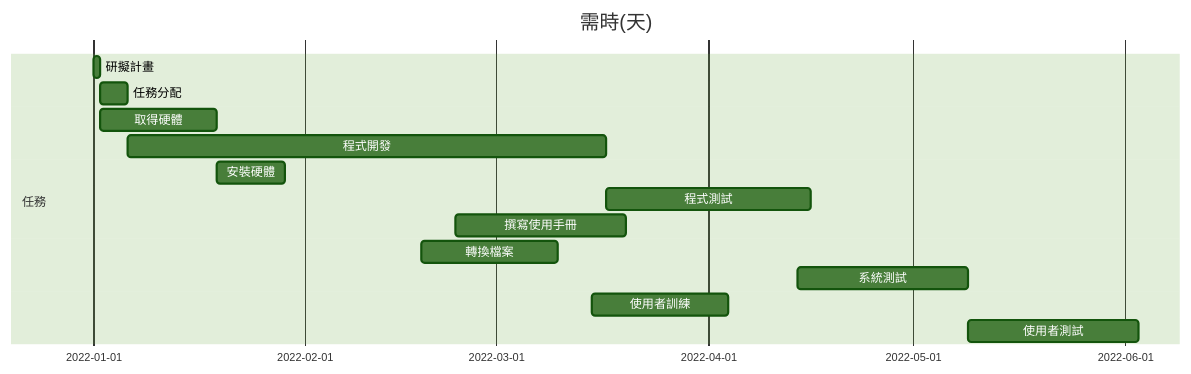
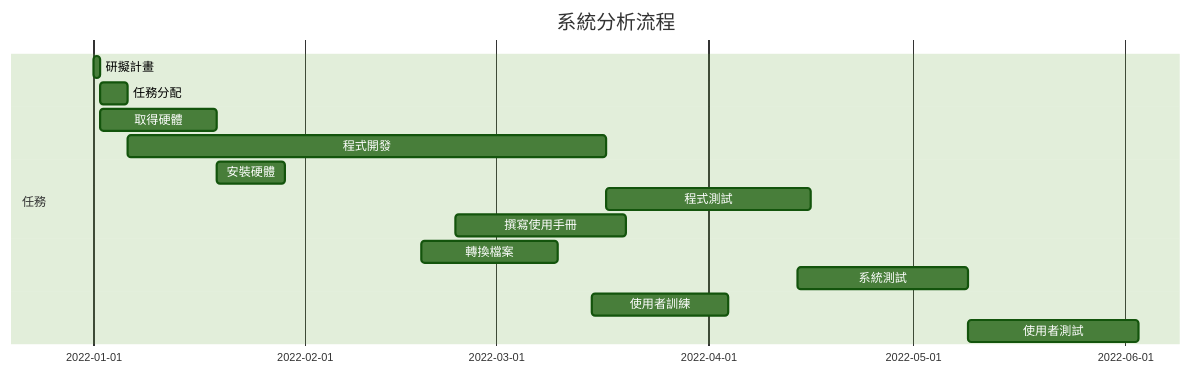
The diagram in hw2.md (QQ5YU/2022-3A-md), drawn with Mermaid before and after one commit.

Commit message:
edit gantt

````diff
--- a/hw2.md
+++ b/hw2.md
@@ -6,20 +6,20 @@
 ```mermaid
 
 %%{init: {'theme':'forest'}}%%
 gantt
-    title 需時(天)
+    title 系統分析流程
     dateFormat  MM-DD
     section 任務
     研擬計畫 : a1, 01-01, 1d
     任務分配 : a2, 01-02, 4d
     取得硬體 : a3, 01-02, 17d
     程式開發 : a4, 01-06, 70d
     安裝硬體 : a5, 01-19, 10d
     程式測試 : a6, 03-17, 30d
     撰寫使用手冊 : a7, 02-23, 25d
     轉換檔案 : a8, 02-18, 20d
     系統測試 : a9, 04-14, 25d
     使用者訓練 : a10, 03-15, 20d
     使用者測試 : a11, 05-09, 25d
 
 ```
````
